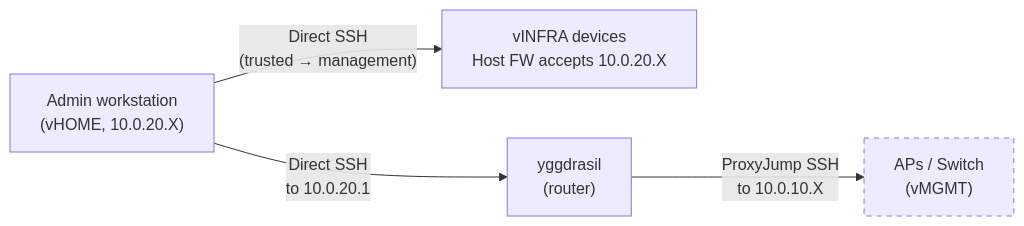
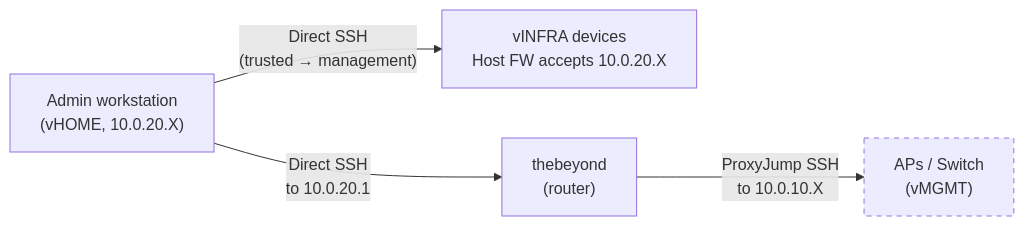
The third of 3 diagrams in llm-notes/secure-mgmt-vlan-plan.md (mutantmell/dotfiles), drawn with Mermaid before and after one commit. The commit also changed other lines of this file and 7 other files, not shown here.

````diff
--- a/llm-notes/secure-mgmt-vlan-plan.md
+++ b/llm-notes/secure-mgmt-vlan-plan.md
@@ -632,10 +632,10 @@
 ```mermaid
 flowchart LR
     Admin["Admin workstation\n(vHOME, 10.0.20.X)"]
 
     Admin -- "Direct SSH\n(trusted → management)" --> Infra["vINFRA devices\nHost FW accepts 10.0.20.X"]
-    Admin -- "Direct SSH\nto 10.0.20.1" --> Router["yggdrasil\n(router)"]
+    Admin -- "Direct SSH\nto 10.0.20.1" --> Router["thebeyond\n(router)"]
     Router -- "ProxyJump SSH\nto 10.0.10.X" --> NetGear["APs / Switch\n(vMGMT)"]
 
     style NetGear stroke-dasharray: 5 5
 ```
````
